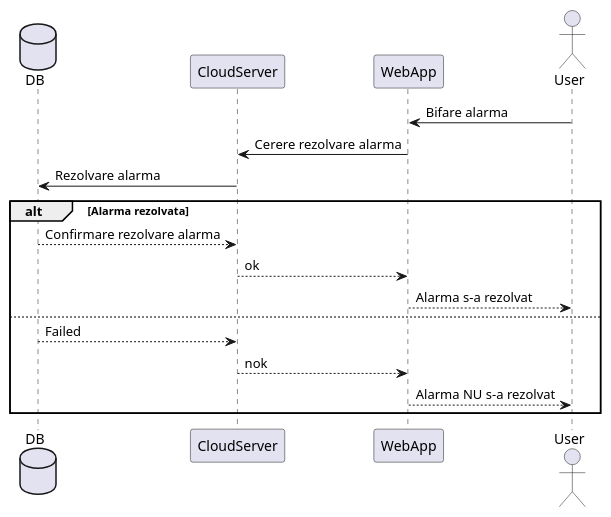
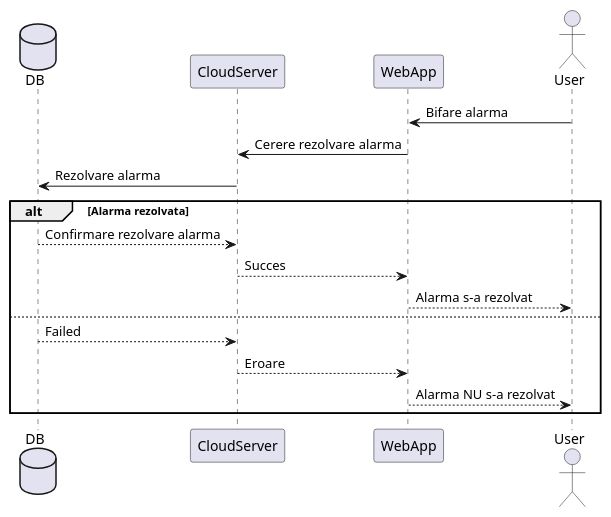
One commit to BVasi/ProiectIP changed the diagram in Sequence_DG/WebApp/rezolvare_alarme.plantuml. Above: the diagram before and after it, drawn with PlantUML. The commit also changed 12 other files, not shown here.

Commit message:
Modificare diagrame

```diff
--- a/Sequence_DG/WebApp/rezolvare_alarme.plantuml
+++ b/Sequence_DG/WebApp/rezolvare_alarme.plantuml
@@ -1,22 +1,22 @@
 @startuml rezolvare_alarme
 
 database DB
 participant CloudServer
 participant WebApp
 actor User
 
 User -> WebApp: Bifare alarma
 WebApp -> CloudServer: Cerere rezolvare alarma
 CloudServer -> DB: Rezolvare alarma
 
 alt Alarma rezolvata
     DB --> CloudServer: Confirmare rezolvare alarma
-    CloudServer --> WebApp: ok
+    CloudServer --> WebApp: Succes
     WebApp --> User: Alarma s-a rezolvat
 else
     DB --> CloudServer: Failed
-    CloudServer --> WebApp: nok
+    CloudServer --> WebApp: Eroare
     WebApp --> User: Alarma NU s-a rezolvat
 end
 
 @enduml
```
